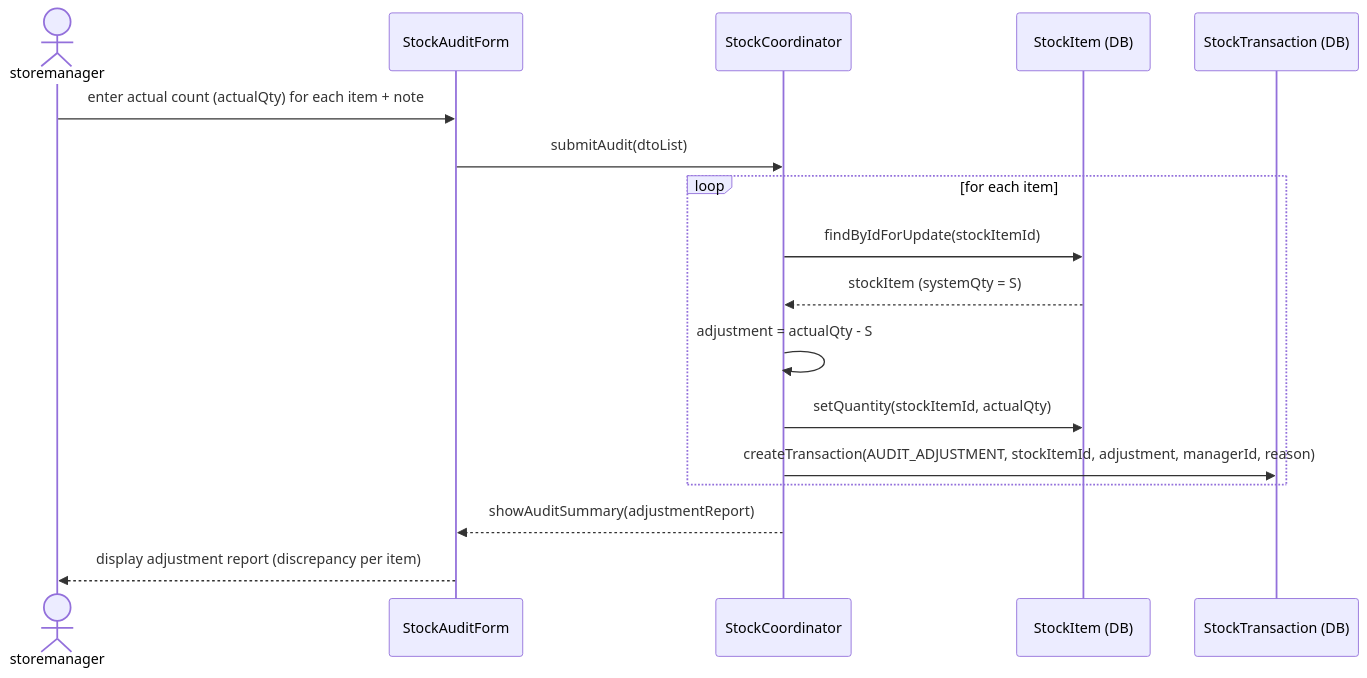
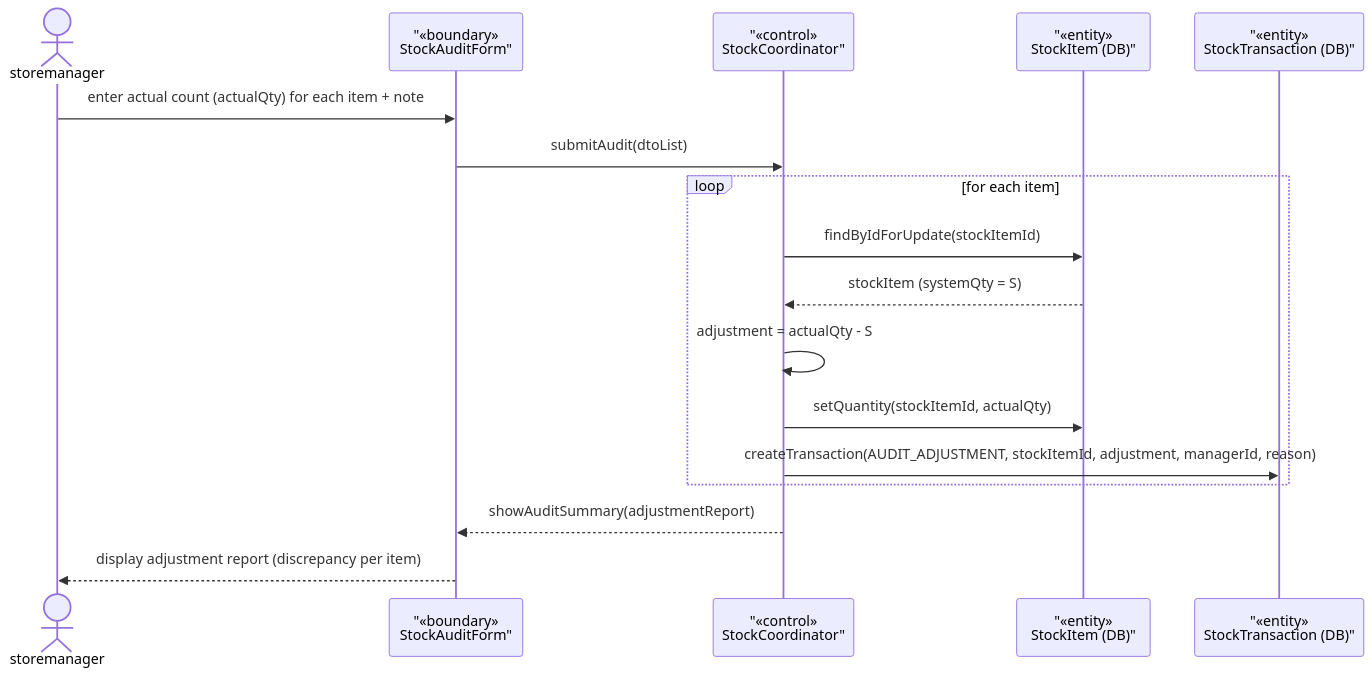
One commit to Shaichi/Khoga_coffe_shop changed the third of 4 diagrams in rds_sections/09_detailed_3_6_inventory.md. Above: the diagram before and after it, drawn with Mermaid. The commit also changed other lines of this file and 13 other files, not shown here.

````diff
--- a/rds_sections/09_detailed_3_6_inventory.md
+++ b/rds_sections/09_detailed_3_6_inventory.md
@@ -128,20 +128,20 @@
 ```mermaid
 sequenceDiagram
     actor storemanager
-    participant AuditForm as StockAuditForm
-    participant StockCoord as StockCoordinator
-    participant StockItemDB as StockItem (DB)
-    participant TxDB as StockTransaction (DB)
+participant AuditForm as "«boundary»<br/>StockAuditForm"
+participant StockCoord as "«control»<br/>StockCoordinator"
+participant StockItemDB as "«entity»<br/>StockItem (DB)"
+participant TxDB as "«entity»<br/>StockTransaction (DB)"
 
     storemanager->>AuditForm: enter actual count (actualQty) for each item + note
     AuditForm->>StockCoord: submitAudit(dtoList)
     loop for each item
         StockCoord->>StockItemDB: findByIdForUpdate(stockItemId)
         StockItemDB-->>StockCoord: stockItem (systemQty = S)
         StockCoord->>StockCoord: adjustment = actualQty - S
         StockCoord->>StockItemDB: setQuantity(stockItemId, actualQty)
         StockCoord->>TxDB: createTransaction(AUDIT_ADJUSTMENT, stockItemId, adjustment, managerId, reason)
     end
     StockCoord-->>AuditForm: showAuditSummary(adjustmentReport)
     AuditForm-->>storemanager: display adjustment report (discrepancy per item)
 ```
````
